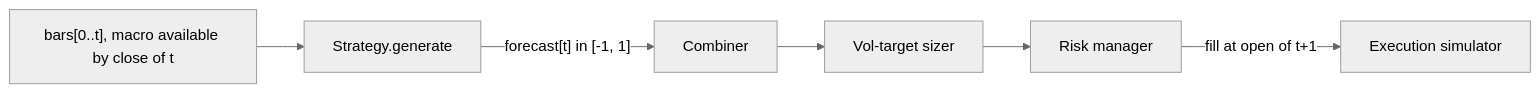
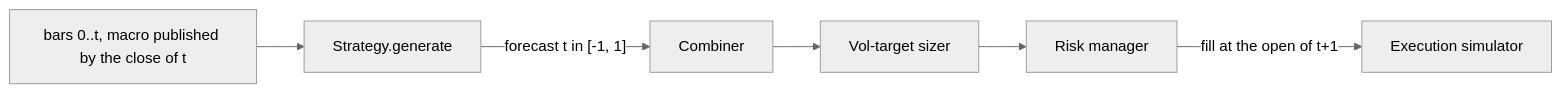
Before and after one commit to zero-was-here/tradingbot: the first of 7 diagrams in docs/strategies.md, drawn with Mermaid (neutral theme). The commit also changed other lines of this file and 302 other files, not shown here.

First line of the commit message:
Docs v2.1: math, diagrams and real-data figures for every algorithm

````diff
--- a/docs/strategies.md
+++ b/docs/strategies.md
@@ -47,8 +66,8 @@
 ```mermaid
 flowchart LR
-  A["bars[0..t], macro available by close of t"] --> S["Strategy.generate"]
-  S -->|"forecast[t] in [-1, 1]"| C["Combiner"]
+  A["bars 0..t, macro published by the close of t"] --> S["Strategy.generate"]
+  S -->|"forecast t in [-1, 1]"| C["Combiner"]
   C --> Z["Vol-target sizer"]
   Z --> R["Risk manager"]
-  R -->|"fill at open of t+1"| X["Execution simulator"]
+  R -->|"fill at the open of t+1"| X["Execution simulator"]
 ```
````
